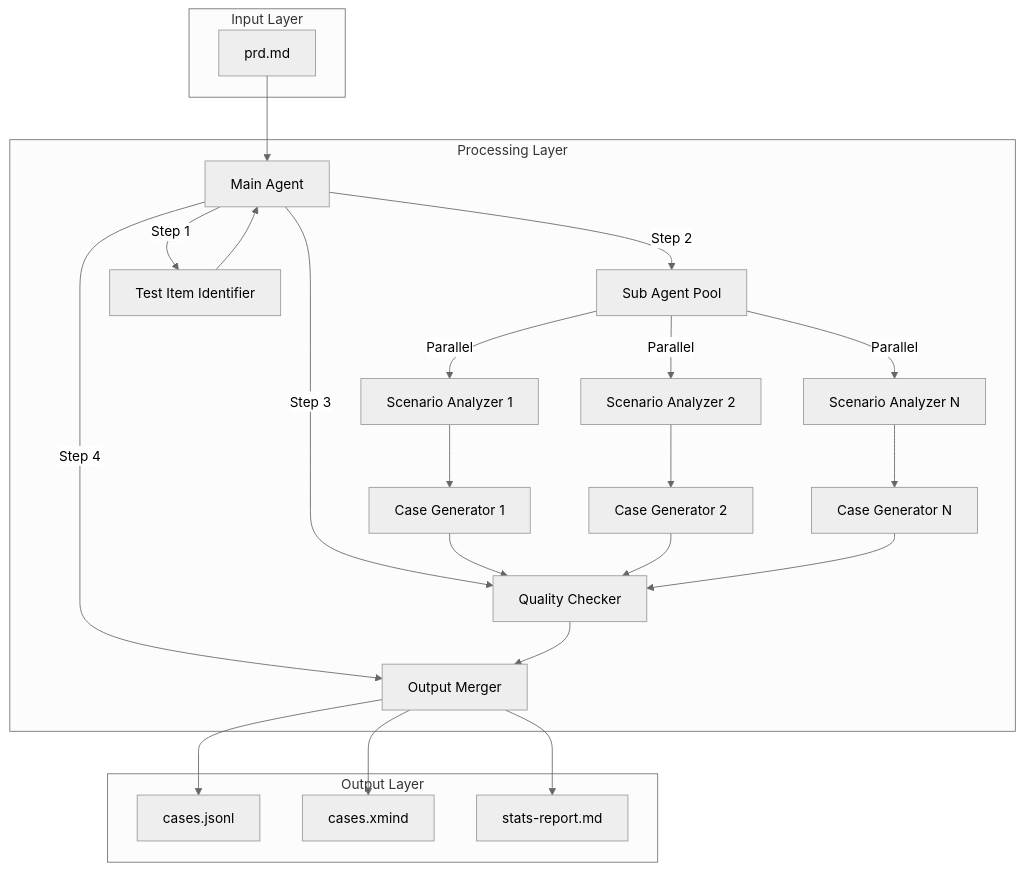
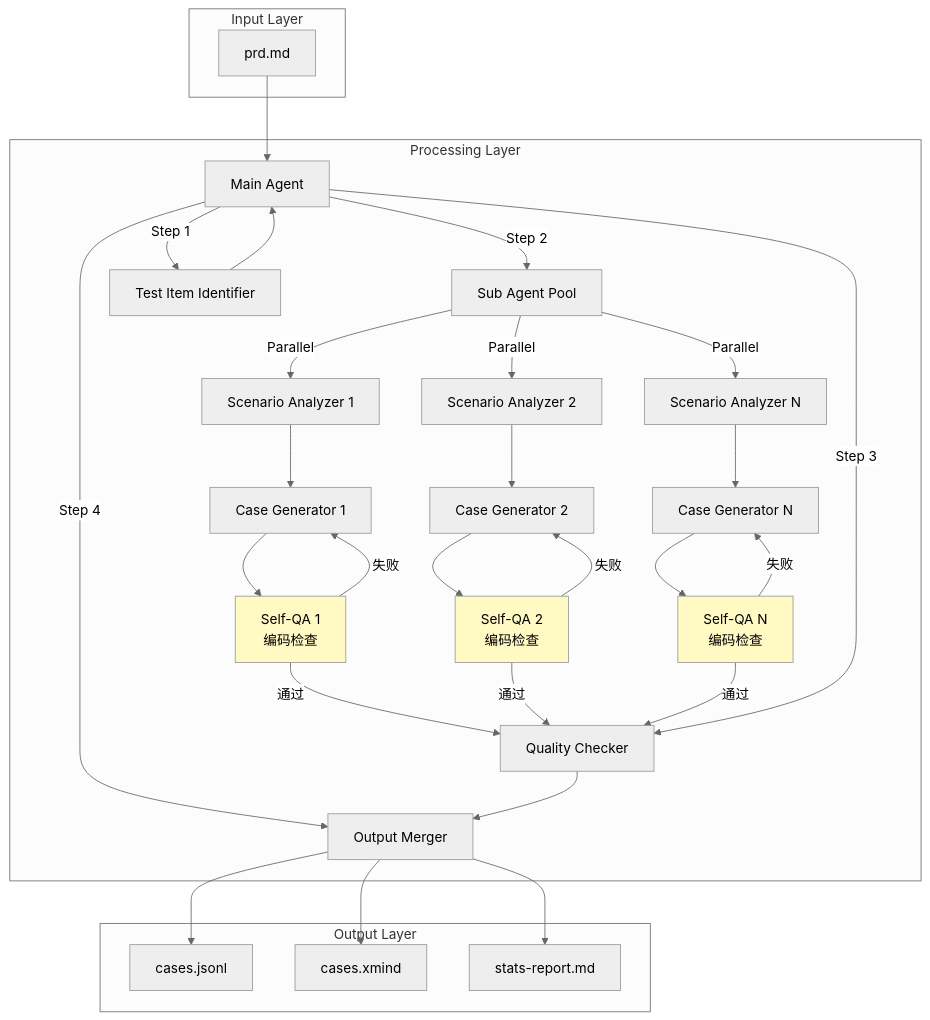
The second of 6 diagrams in docs/test-case-generator.md (chyax98/skills), drawn with Mermaid (neutral theme) before and after one commit. The commit also changed other lines of this file, not shown here.

First line of the commit message:
docs: emphasize Sub Agent self-QA mechanism in design doc

````diff
--- a/docs/test-case-generator.md
+++ b/docs/test-case-generator.md
@@ -130,40 +164,53 @@
 ```mermaid
 graph TD
     subgraph "Input Layer"
         A[prd.md]
     end
 
     subgraph "Processing Layer"
         B[Main Agent]
         C[Sub Agent Pool]
 
         B -->|Step 1| D[Test Item Identifier]
         B -->|Step 2| C
         C -->|Parallel| E[Scenario Analyzer 1]
         C -->|Parallel| F[Scenario Analyzer 2]
         C -->|Parallel| G[Scenario Analyzer N]
 
         E --> H[Case Generator 1]
         F --> I[Case Generator 2]
         G --> J[Case Generator N]
 
-        B -->|Step 3| K[Quality Checker]
+        H --> H1[Self-QA 1<br/>编码检查]
+        I --> I1[Self-QA 2<br/>编码检查]
+        J --> J1[Self-QA N<br/>编码检查]
+
+        H1 -->|通过| K[Quality Checker]
+        I1 -->|通过| K
+        J1 -->|通过| K
+
+        H1 -->|失败| H
+        I1 -->|失败| I
+        J1 -->|失败| J
+
+        B -->|Step 3| K
         B -->|Step 4| L[Output Merger]
     end
 
     subgraph "Output Layer"
         M[cases.jsonl]
         N[cases.xmind]
         O[stats-report.md]
     end
 
     A --> B
     D --> B
-    H --> K
-    I --> K
-    J --> K
     K --> L
     L --> M
     L --> N
     L --> O
+
+    style H1 fill:#fff9c4
+    style I1 fill:#fff9c4
+    style J1 fill:#fff9c4
 ```
````
